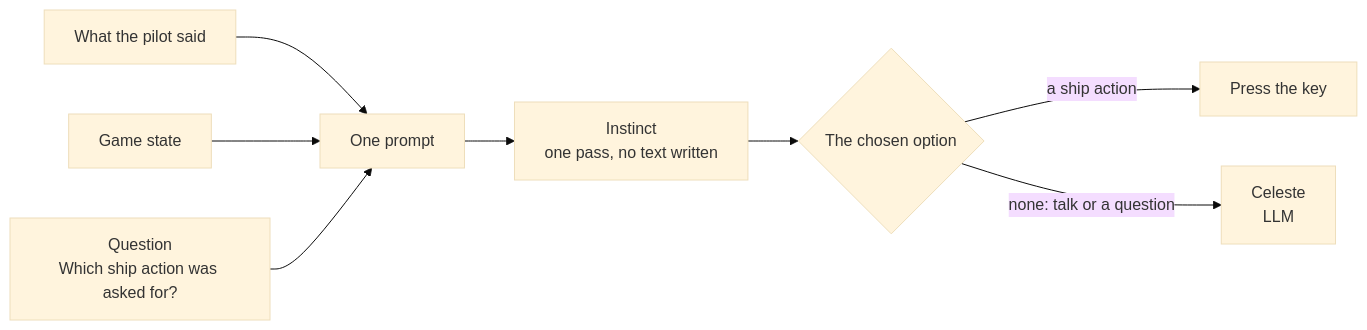
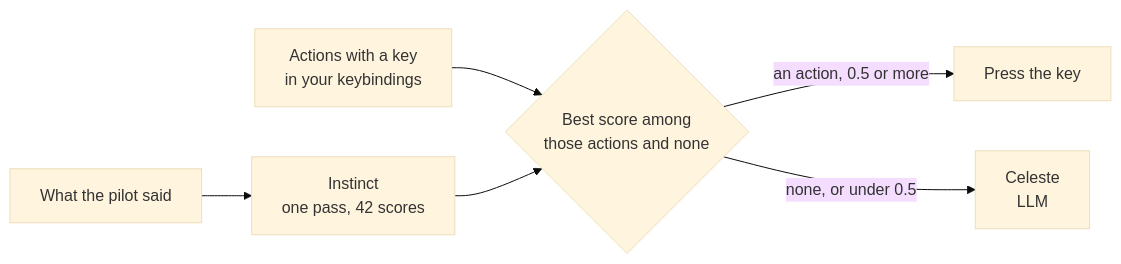
Before and after one commit to IqSantiagow/EDCeleste: the third of 3 diagrams in README.md, drawn with Mermaid (base theme). The commit also changed other lines of this file and 25 other files, not shown here.

First line of the commit message:
Instinct decides commands with a 23 MB model that runs on the processor

````diff
--- a/README.md
+++ b/README.md
@@ -114,10 +113,8 @@
 ```mermaid
 flowchart LR
-    Said["What the pilot said"] --> Prompt["One prompt"]
-    State["Game state"] --> Prompt
-    Questions["Question<br/>Which ship action was asked for?"] --> Prompt
-    Prompt --> Model["Instinct<br/>one pass, no text written"]
-    Model --> Choice{"The chosen option"}
-    Choice -- "a ship action" --> Key["Press the key"]
-    Choice -- "none: talk or a question" --> Celeste["Celeste<br/>LLM"]
+    Said["What the pilot said"] --> Model["Instinct<br/>one pass, 42 scores"]
+    Keys["Actions with a key<br/>in your keybindings"] --> Choice
+    Model --> Choice{"Best score among<br/>those actions and none"}
+    Choice -- "an action, 0.5 or more" --> Key["Press the key"]
+    Choice -- "none, or under 0.5" --> Celeste["Celeste<br/>LLM"]
 ```
````
